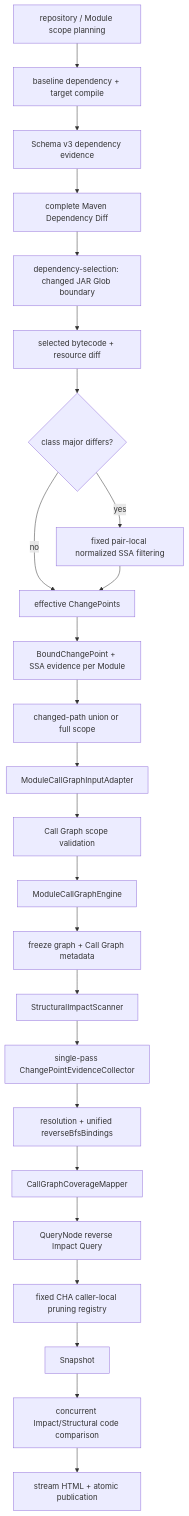
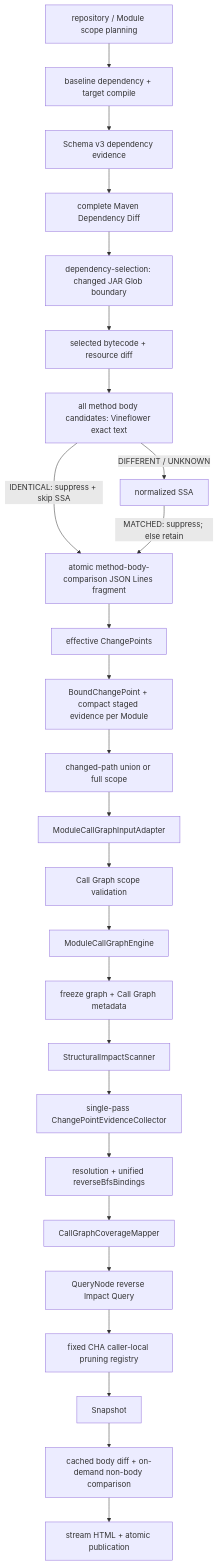
One commit to ymyii/change-impact-analyze changed the second of 2 diagrams in wiki/architecture/dependency-analysis-pipelines.md. Above: the diagram before and after it, drawn with Mermaid. The commit also changed other lines of this file and 41 other files, not shown here.

First line of the commit message:
fix(impact): short-circuit method body equivalence checks

````diff
--- a/wiki/architecture/dependency-analysis-pipelines.md
+++ b/wiki/architecture/dependency-analysis-pipelines.md
@@ -89,27 +91,28 @@
 ```mermaid
 flowchart TD
   Scope["repository / Module scope planning"] --> Prepare["baseline dependency + target compile"]
   Prepare --> Evidence["Schema v3 dependency evidence"]
   Evidence --> Diff["complete Maven Dependency Diff"]
   Diff --> Selection["dependency-selection: changed JAR Glob boundary"]
   Selection --> JarDiff["selected bytecode + resource diff"]
-  JarDiff --> SSAChoice{"class major differs?"}
-  SSAChoice -->|yes| SSA["fixed pair-local normalized SSA filtering"]
-  SSAChoice -->|no| Effective["effective ChangePoints"]
-  SSA --> Effective
-  Effective --> Bind["BoundChangePoint + SSA evidence per Module"]
+  JarDiff --> Java["all method body candidates: Vineflower exact text"]
+  Java -->|"IDENTICAL: suppress + skip SSA"| Cache["atomic method-body-comparison JSON Lines fragment"]
+  Java -->|"DIFFERENT / UNKNOWN"| Semantic["normalized SSA"]
+  Semantic -->|"MATCHED: suppress; else retain"| Cache
+  Cache --> Effective["effective ChangePoints"]
+  Effective --> Bind["BoundChangePoint + compact staged evidence per Module"]
   Bind --> PathPlan["changed-path union or full scope"]
   PathPlan --> Input["ModuleCallGraphInputAdapter"]
   Input --> Validate["Call Graph scope validation"]
   Validate --> Build["ModuleCallGraphEngine"]
   Build --> Metadata["freeze graph + Call Graph metadata"]
   Metadata --> Structural["StructuralImpactScanner"]
   Structural --> Collector["single-pass ChangePointEvidenceCollector"]
   Collector --> Binding["resolution + unified reverseBfsBindings"]
   Binding --> Coverage["CallGraphCoverageMapper"]
   Coverage --> Query["QueryNode reverse Impact Query"]
   Query --> ChaRefine["fixed CHA caller-local pruning registry"]
   ChaRefine --> Snapshot
-  Snapshot --> Compare["concurrent Impact/Structural code comparison"]
+  Snapshot --> Compare["cached body diff + on-demand non-body comparison"]
   Compare --> Report["stream HTML + atomic publication"]
 ```
````
